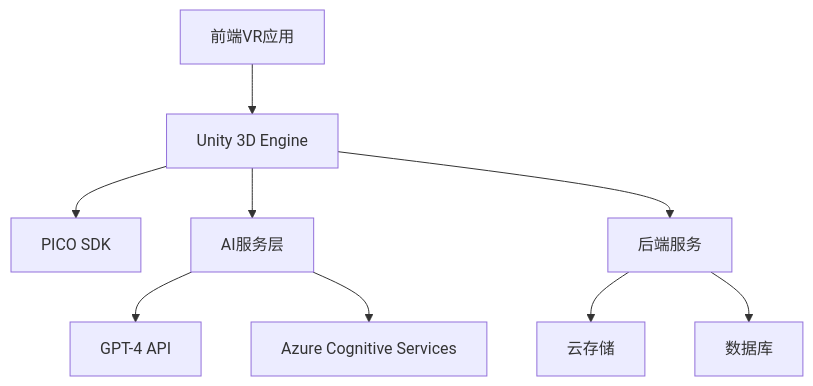
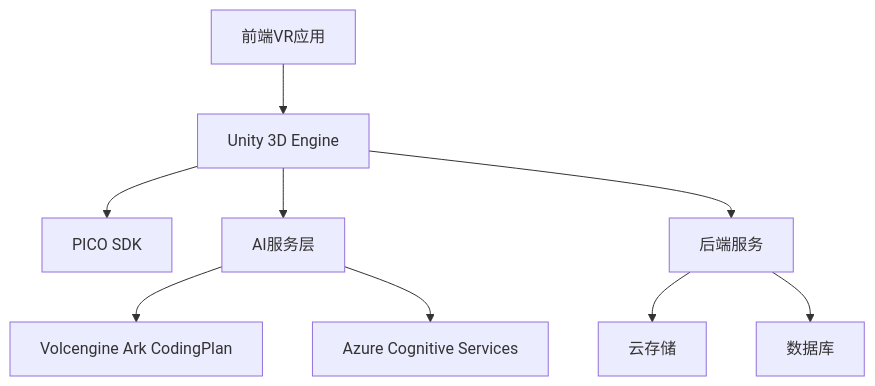
The diagram in docs/TECH_STACK.md (trip-meta/TripMeta), drawn with Mermaid before and after one commit. The commit also changed other lines of this file and 11 other files, not shown here.

````diff
--- a/docs/TECH_STACK.md
+++ b/docs/TECH_STACK.md
@@ -16,11 +16,11 @@
 ```mermaid
 graph TB
     A[前端VR应用] --> B[Unity 3D Engine]
     B --> C[PICO SDK]
     B --> D[AI服务层]
-    D --> E[GPT-4 API]
+    D --> E[Volcengine Ark CodingPlan]
     D --> F[Azure Cognitive Services]
     B --> G[后端服务]
     G --> H[云存储]
     G --> I[数据库]
 ```
````
